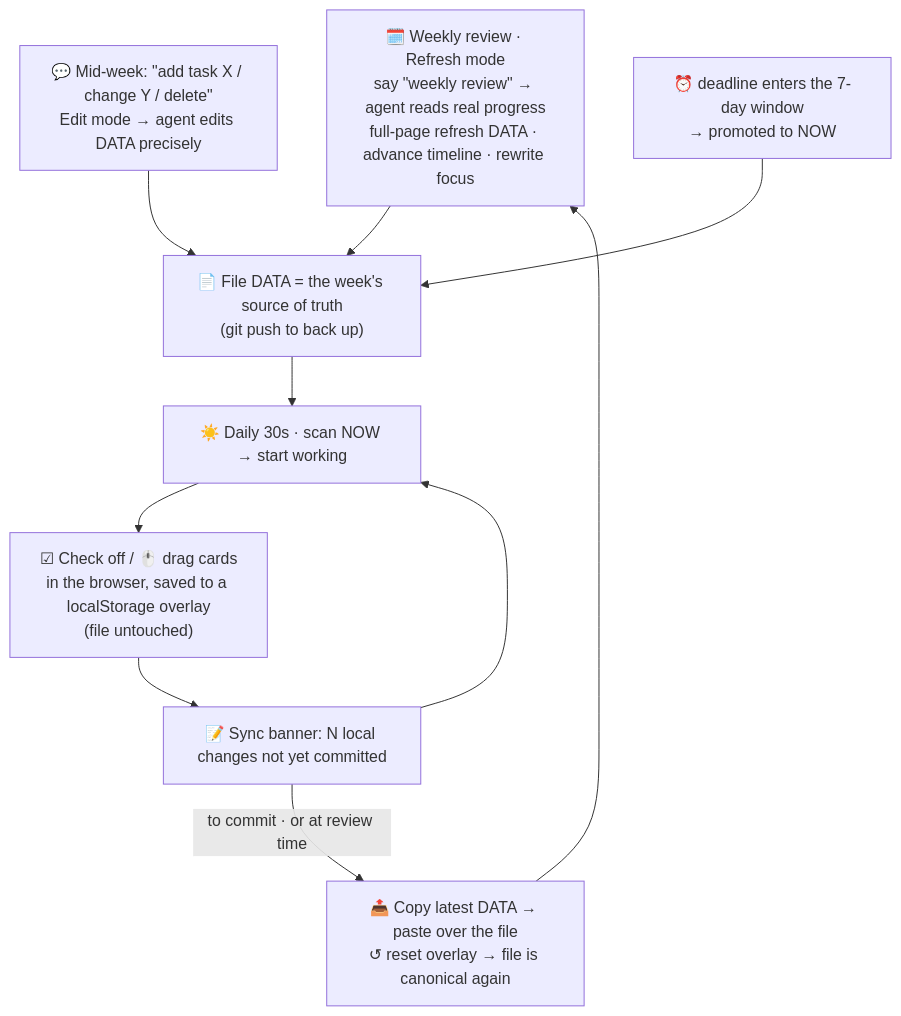
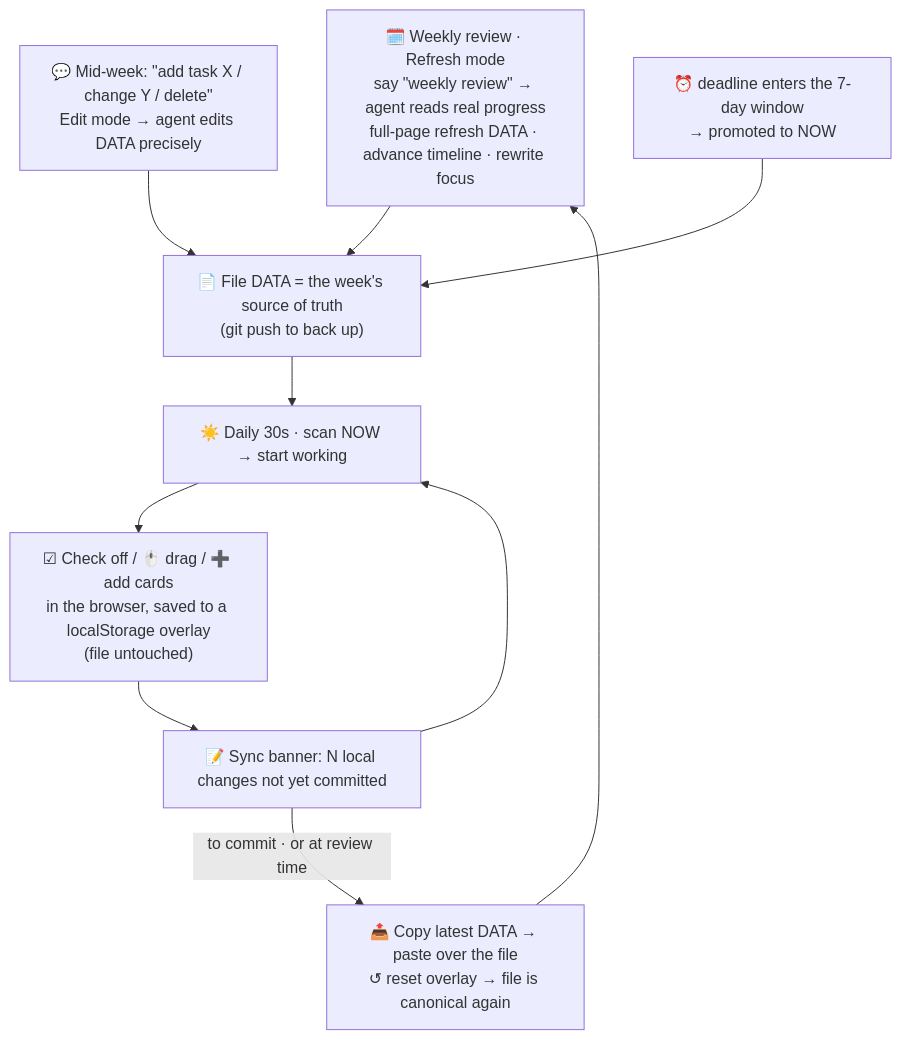
Before and after one commit to suzyeth/life-kanban: the diagram in README.md, drawn with Mermaid. The commit also changed other lines of this file, not shown here.

````diff
--- a/README.md
+++ b/README.md
@@ -31,16 +91,16 @@
 ```mermaid
 flowchart TD
   R["🗓️ Weekly review · Refresh mode<br/>say &quot;weekly review&quot; → agent reads real progress<br/>full-page refresh DATA · advance timeline · rewrite focus"]
   R --> NEW["📄 File DATA = the week's source of truth<br/>(git push to back up)"]
 
   NEW --> G["☀️ Daily 30s · scan NOW → start working"]
-  G --> T["☑ Check off / 🖱️ drag cards<br/>in the browser, saved to a localStorage overlay<br/>(file untouched)"]
+  G --> T["☑ Check off / 🖱️ drag / ➕ add cards<br/>in the browser, saved to a localStorage overlay<br/>(file untouched)"]
   T --> B["📝 Sync banner: N local changes not yet committed"]
   B --> G
 
   IN1["💬 Mid-week: &quot;add task X / change Y / delete&quot;<br/>Edit mode → agent edits DATA precisely"] --> NEW
   IN2["⏰ deadline enters the 7-day window<br/>→ promoted to NOW"] --> NEW
 
   B -->|"to commit · or at review time"| S["📤 Copy latest DATA → paste over the file<br/>↺ reset overlay → file is canonical again"]
   S --> R
 ```
````
